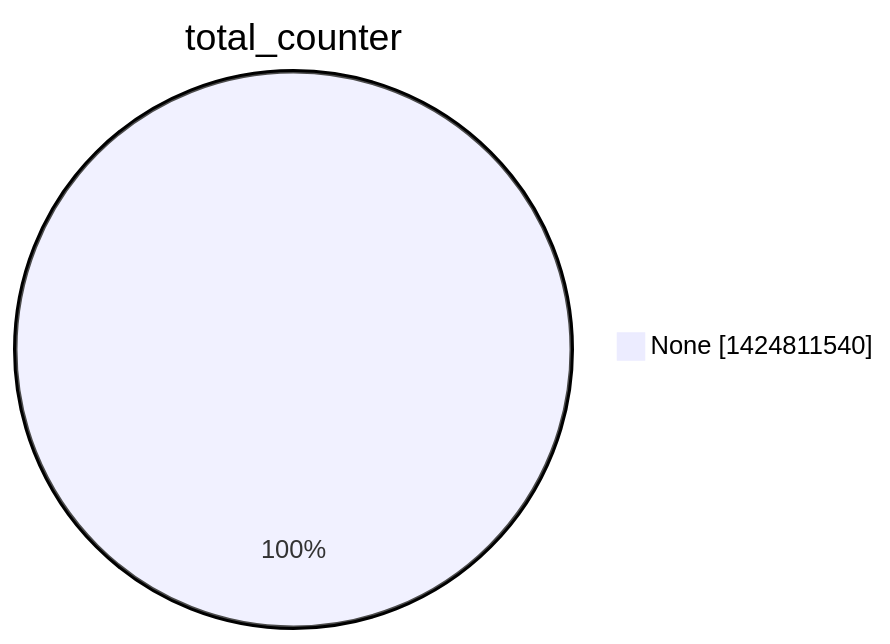
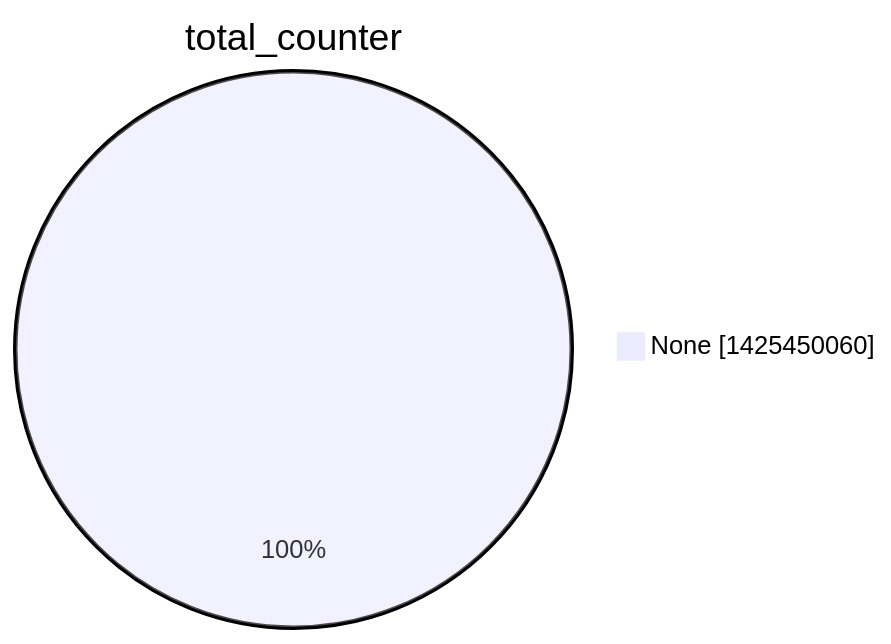
Before and after one commit to christiankrug/ctmonitor_visualization: the second of 15 diagrams in argon2022/README.md, drawn with Mermaid. The commit also changed other lines of this file, not shown here.

````diff
--- a/argon2022/README.md
+++ b/argon2022/README.md
@@ -9,5 +9,5 @@
 ```mermaid
 pie showData
 title total_counter
-"None" :1424811540
+"None" :1425450060
 ```
````
